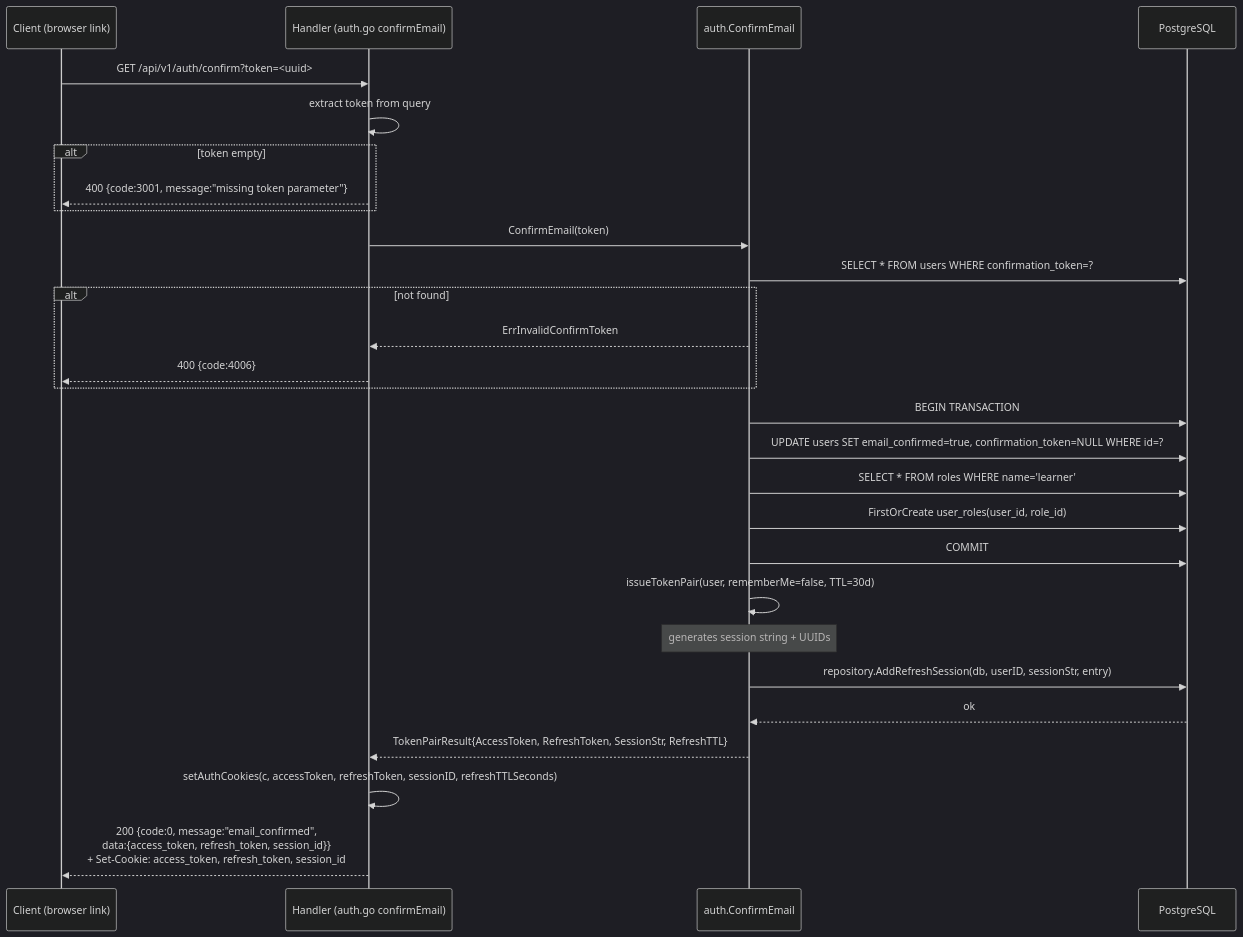
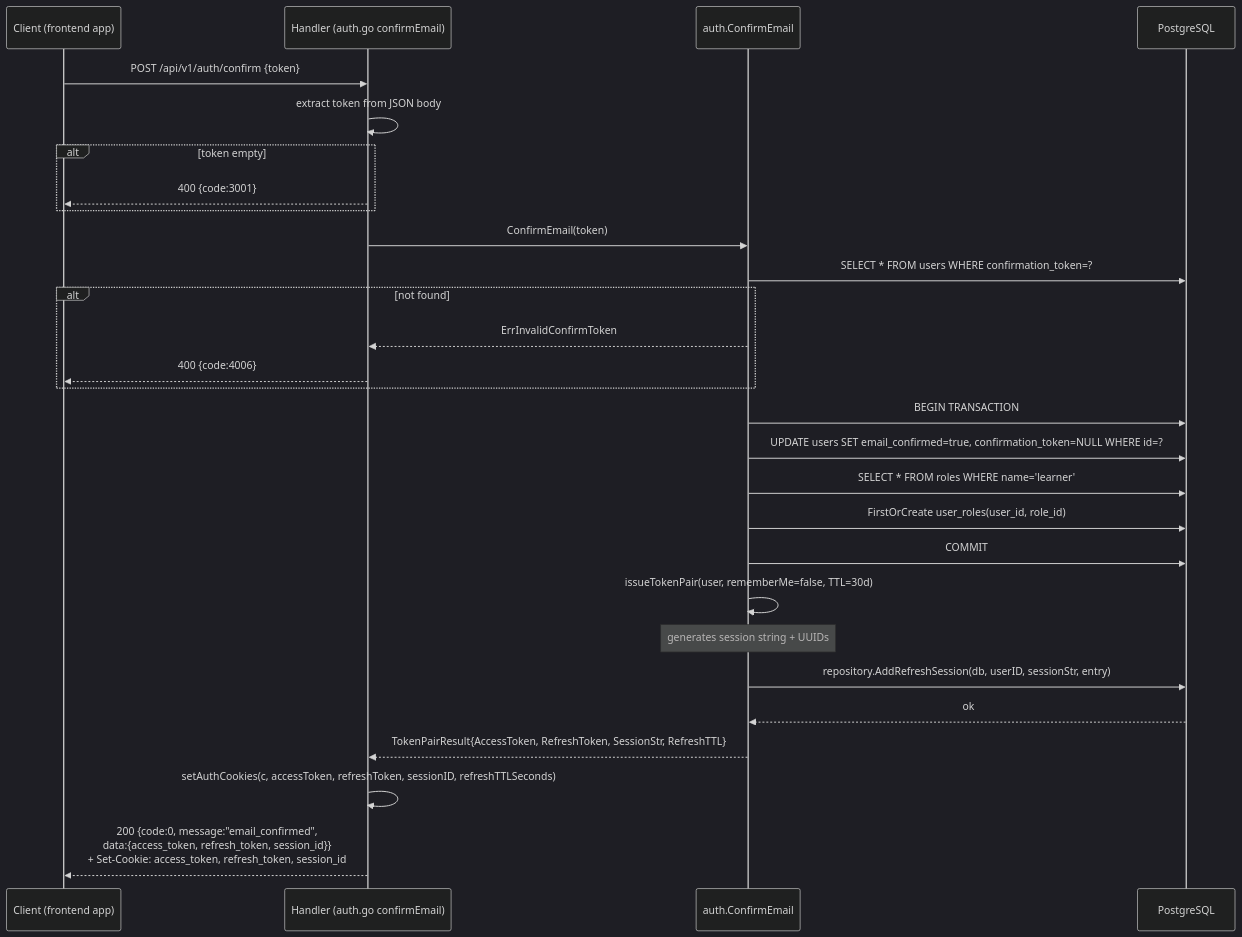
One commit to lkienkle11/be-mycourse changed the third of 23 diagrams in docs/sequence_diagrams.md. Above: the diagram before and after it, drawn with Mermaid (dark theme). The commit also changed other lines of this file and 10 other files, not shown here.

Commit message:
docs: sync OpenAPI, Apidog import, and auth-related API docs

````diff
--- a/docs/sequence_diagrams.md
+++ b/docs/sequence_diagrams.md
@@ -172,35 +172,35 @@
 ```mermaid
 sequenceDiagram
-    participant C as Client (browser link)
+    participant C as Client (frontend app)
     participant H as Handler (auth.go confirmEmail)
     participant SVC as auth.ConfirmEmail
     participant DB as PostgreSQL
 
-    C->>H: GET /api/v1/auth/confirm?token=<uuid>
-    H->>H: extract token from query
+    C->>H: POST /api/v1/auth/confirm {token}
+    H->>H: extract token from JSON body
     alt token empty
-        H-->>C: 400 {code:3001, message:"missing token parameter"}
+        H-->>C: 400 {code:3001}
     end
 
     H->>SVC: ConfirmEmail(token)
     SVC->>DB: SELECT * FROM users WHERE confirmation_token=?
     alt not found
         SVC-->>H: ErrInvalidConfirmToken
         H-->>C: 400 {code:4006}
     end
 
     SVC->>DB: BEGIN TRANSACTION
     SVC->>DB: UPDATE users SET email_confirmed=true, confirmation_token=NULL WHERE id=?
     SVC->>DB: SELECT * FROM roles WHERE name='learner'
     SVC->>DB: FirstOrCreate user_roles(user_id, role_id)
     SVC->>DB: COMMIT
 
     SVC->>SVC: issueTokenPair(user, rememberMe=false, TTL=30d)
     Note over SVC: generates session string + UUIDs
     SVC->>DB: repository.AddRefreshSession(db, userID, sessionStr, entry)
     DB-->>SVC: ok
 
     SVC-->>H: TokenPairResult{AccessToken, RefreshToken, SessionStr, RefreshTTL}
     H->>H: setAuthCookies(c, accessToken, refreshToken, sessionID, refreshTTLSeconds)
     H-->>C: 200 {code:0, message:"email_confirmed",<br/>data:{access_token, refresh_token, session_id}}<br/>+ Set-Cookie: access_token, refresh_token, session_id
 ```
````
